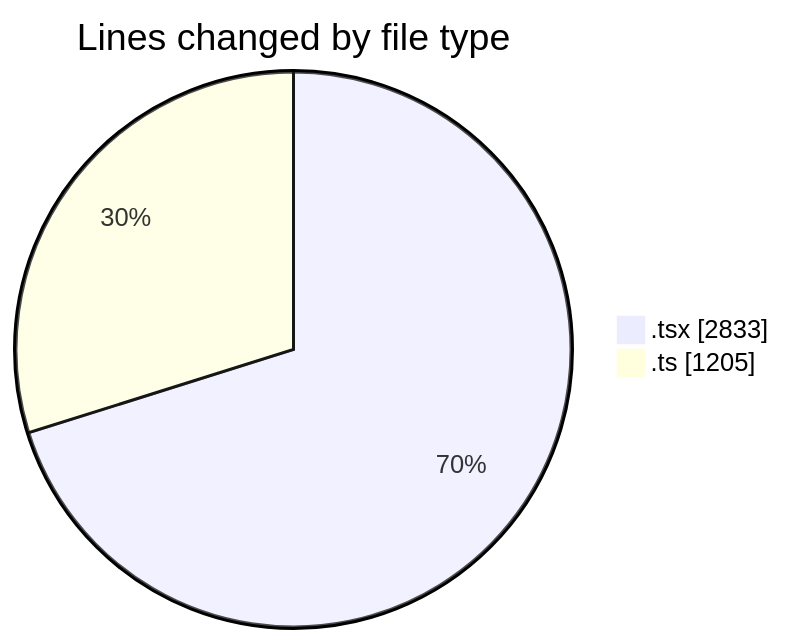
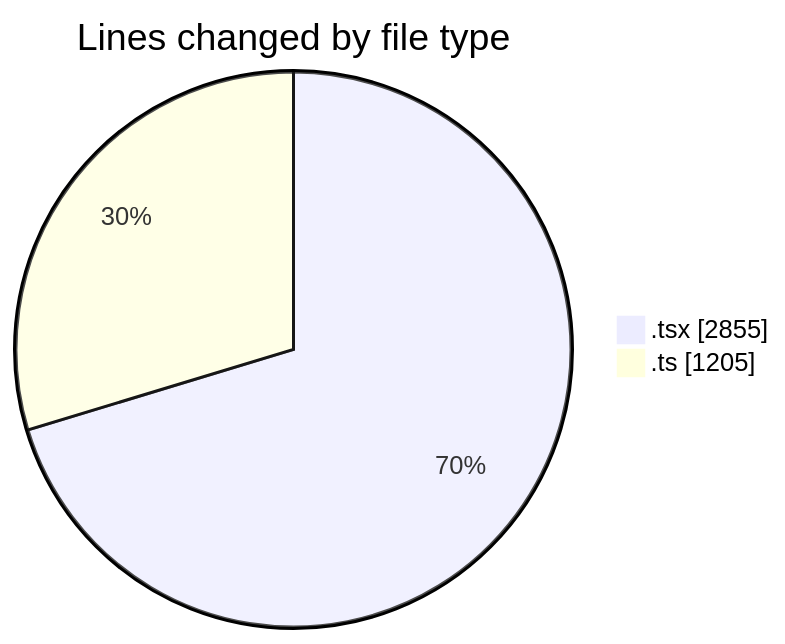
One commit to nxtqubesakshisongat/code-tracking changed the first of 2 diagrams in 2026-02-18/nxtqube_webapp/README.md. Above: the diagram before and after it, drawn with Mermaid. The commit also changed other lines of this file and 1 other file, not shown here.

````diff
--- a/2026-02-18/nxtqube_webapp/README.md
+++ b/2026-02-18/nxtqube_webapp/README.md
@@ -27,6 +27,6 @@
 ```mermaid
 pie showData
 title Lines changed by file type
-".tsx" : 2833
+".tsx" : 2855
 ".ts" : 1205
 ```
````
